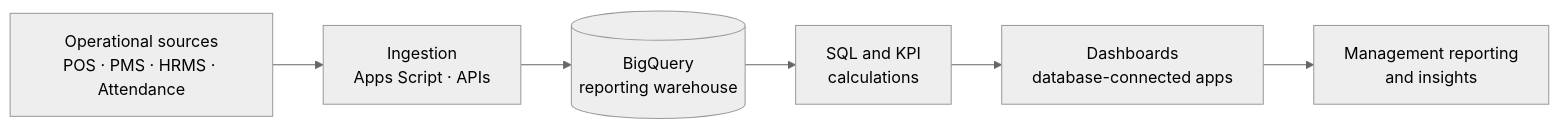
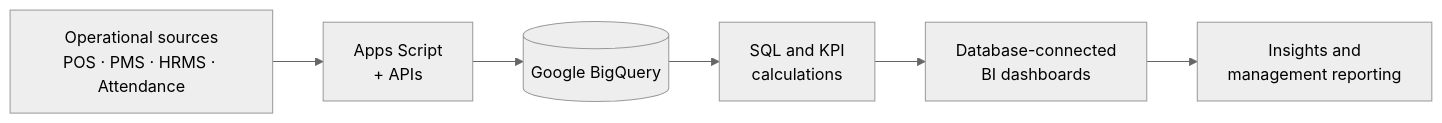
Before and after one commit to Nandini-Boda/Nandini-Boda: the second of 2 diagrams in README.md, drawn with Mermaid (neutral theme). The commit also changed other lines of this file, not shown here.

````diff
--- a/README.md
+++ b/README.md
@@ -175,8 +111,8 @@
 ```mermaid
 flowchart LR
-    A["Operational sources<br/>POS · PMS · HRMS · Attendance"] --> B["Ingestion<br/>Apps Script · APIs"]
-    B --> C[("BigQuery<br/>reporting warehouse")]
+    A["Operational sources<br/>POS · PMS · HRMS · Attendance"] --> B["Apps Script<br/>+ APIs"]
+    B --> C[("Google BigQuery")]
     C --> D["SQL and KPI<br/>calculations"]
-    D --> E["Dashboards<br/>database-connected apps"]
-    E --> F["Management reporting<br/>and insights"]
+    D --> E["Database-connected<br/>BI dashboards"]
+    E --> F["Insights and<br/>management reporting"]
 ```
````
